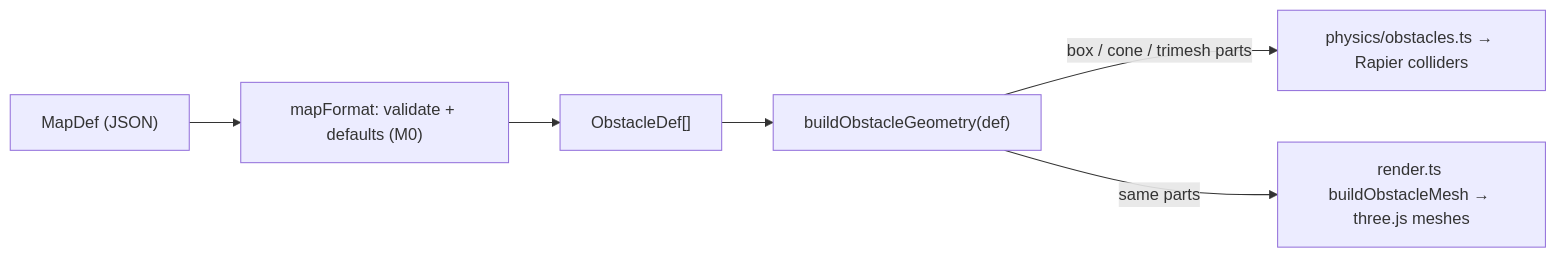
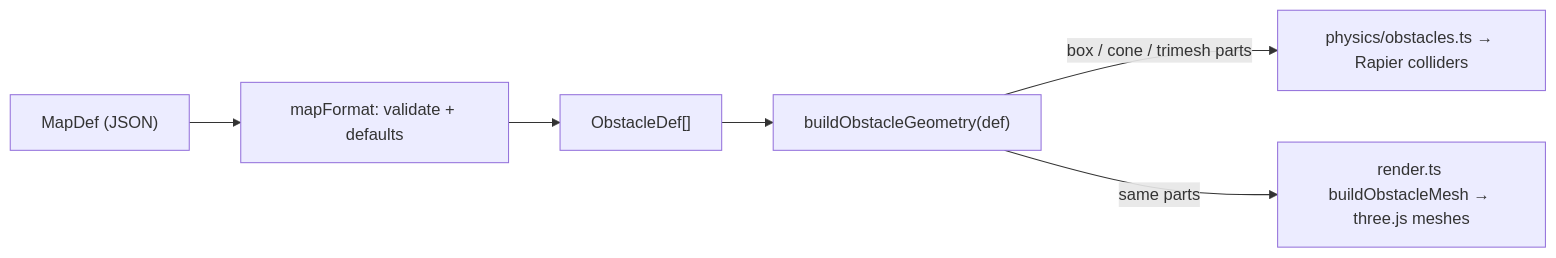
The fourth of 5 diagrams in spec/architecture.md (j1010001/aibuild-bulanci-test-1), drawn with Mermaid before and after one commit. The commit also changed other lines of this file and 4 other files, not shown here.

First line of the commit message:
Add the map loader and validator; every map enters a game through it (M0 task 3)

````diff
--- a/spec/architecture.md
+++ b/spec/architecture.md
@@ -146,8 +146,8 @@
 ```mermaid
 flowchart LR
-  Map["MapDef (JSON)"] --> Loader["mapFormat: validate + defaults (M0)"]
+  Map["MapDef (JSON)"] --> Loader["mapFormat: validate + defaults"]
   Loader --> Def["ObstacleDef[]"]
   Def --> Build["buildObstacleGeometry(def)"]
   Build -->|"box / cone / trimesh parts"| Colliders["physics/obstacles.ts → Rapier colliders"]
   Build -->|"same parts"| Meshes["render.ts buildObstacleMesh → three.js meshes"]
 ```
````
